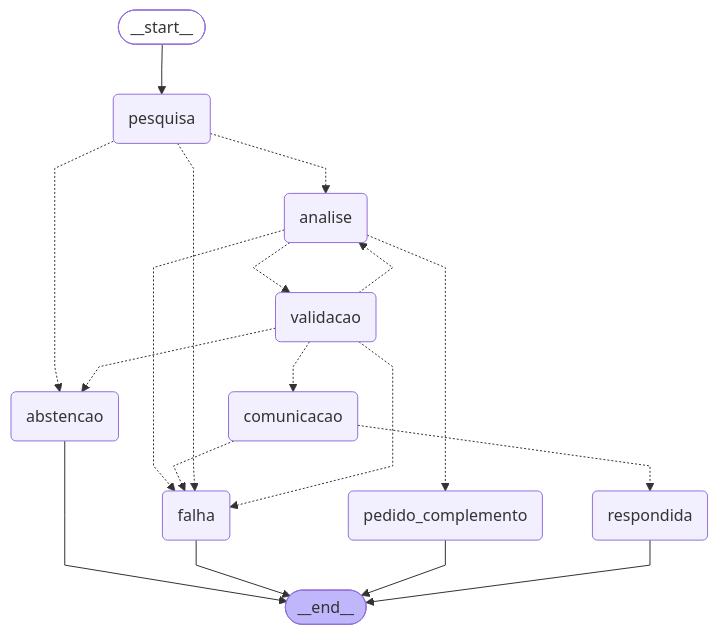
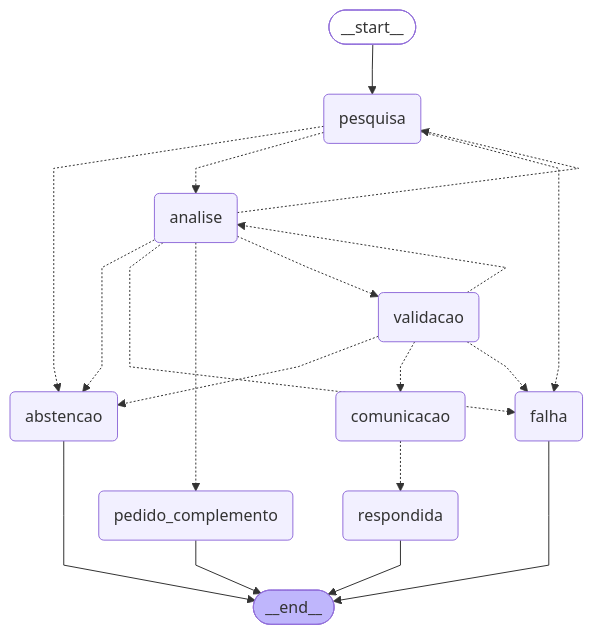
Before and after one commit to anamattos2/grupo11challenge2: the diagram in contracts/agentes/fluxo.mmd, drawn with Mermaid. The commit also changed 40 other files, not shown here.

```diff
--- a/contracts/agentes/fluxo.mmd
+++ b/contracts/agentes/fluxo.mmd
@@ -1,36 +1,37 @@
 ---
 config:
   flowchart:
     curve: linear
 ---
 graph TD;
 	__start__([<p>__start__</p>]):::first
 	pesquisa(pesquisa)
 	analise(analise)
 	validacao(validacao)
 	comunicacao(comunicacao)
 	respondida(respondida)
 	abstencao(abstencao)
 	pedido_complemento(pedido_complemento)
 	falha(falha)
 	__end__([<p>__end__</p>]):::last
 	__start__ --> pesquisa;
+	analise -.-> abstencao;
 	analise -.-> falha;
 	analise -.-> pedido_complemento;
+	analise -.-> pesquisa;
 	analise -.-> validacao;
-	comunicacao -.-> falha;
 	comunicacao -.-> respondida;
 	pesquisa -.-> abstencao;
 	pesquisa -.-> analise;
 	pesquisa -.-> falha;
 	validacao -.-> abstencao;
 	validacao -.-> analise;
 	validacao -.-> comunicacao;
 	validacao -.-> falha;
 	abstencao --> __end__;
 	falha --> __end__;
 	pedido_complemento --> __end__;
 	respondida --> __end__;
 	classDef default fill:#f2f0ff,line-height:1.2
 	classDef first fill-opacity:0
 	classDef last fill:#bfb6fc
```
